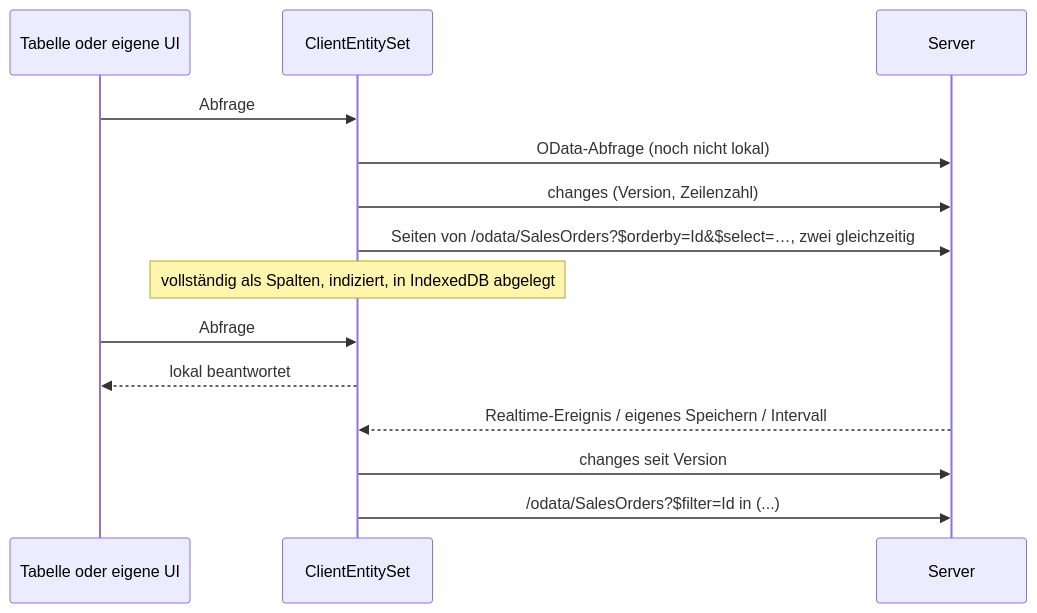
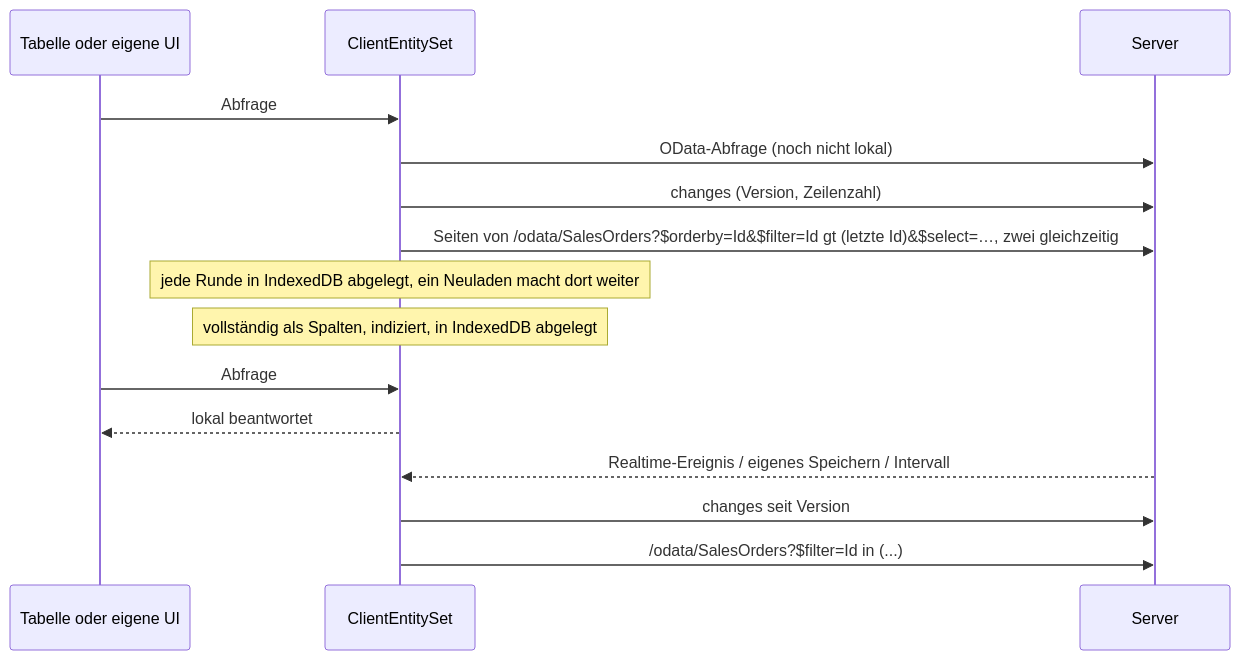
Before and after one commit to fgilde/CoworkeeLib: the diagram in website/docs/ui/client-entities.de.md, drawn with Mermaid. The commit also changed other lines of this file and 26 other files, not shown here.

````diff
--- a/website/docs/ui/client-entities.de.md
+++ b/website/docs/ui/client-entities.de.md
@@ -9,16 +9,17 @@
 ```mermaid
 sequenceDiagram
     participant T as Tabelle oder eigene UI
     participant S as ClientEntitySet
     participant API as Server
     T->>S: Abfrage
     S->>API: OData-Abfrage (noch nicht lokal)
     S->>API: changes (Version, Zeilenzahl)
-    S->>API: Seiten von /odata/SalesOrders?$orderby=Id&$select=…, zwei gleichzeitig
+    S->>API: Seiten von /odata/SalesOrders?$orderby=Id&$filter=Id gt (letzte Id)&$select=…, zwei gleichzeitig
+    Note over S: jede Runde in IndexedDB abgelegt, ein Neuladen macht dort weiter
     Note over S: vollständig als Spalten, indiziert, in IndexedDB abgelegt
     T->>S: Abfrage
     S-->>T: lokal beantwortet
     API-->>S: Realtime-Ereignis / eigenes Speichern / Intervall
     S->>API: changes seit Version
     S->>API: /odata/SalesOrders?$filter=Id in (...)
 ```
````
